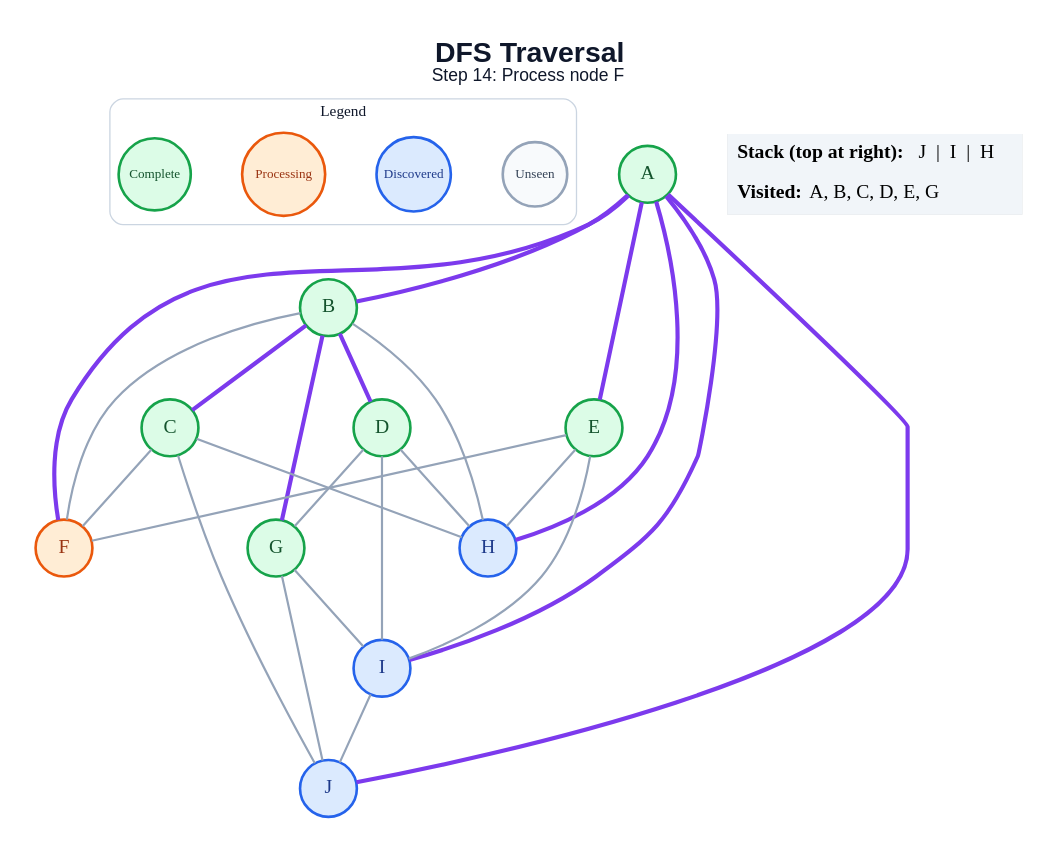
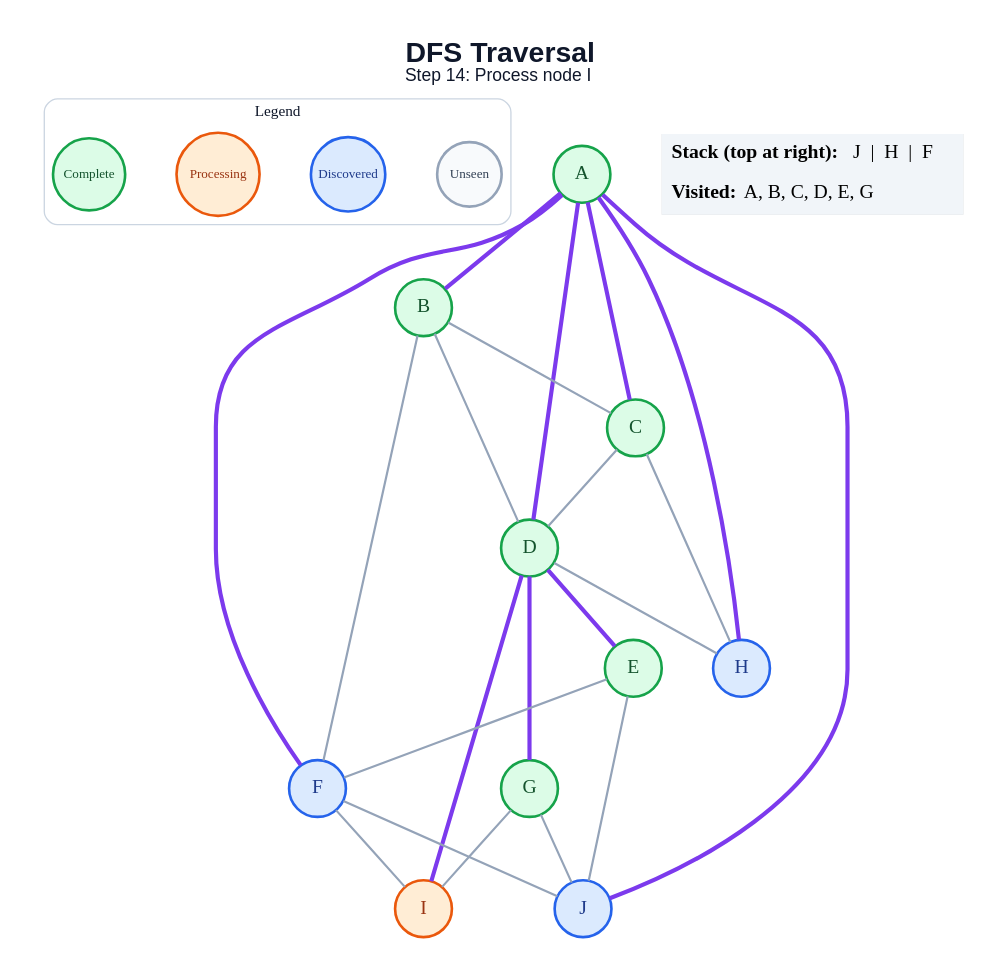
The diagram in generated/dfs/step_14.dot (amanghodawala9/ai-slop), drawn with Graphviz before and after one commit. The commit also changed 178 other files, not shown here.

```diff
--- a/generated/dfs/step_14.dot
+++ b/generated/dfs/step_14.dot
@@ -1,52 +1,50 @@
 graph traversal {
   graph [layout=dot, rankdir=TB, bgcolor="#FFFFFF", pad="0.35", nodesep="0.65", ranksep="0.8", fontname="Arial"];
   node [shape=circle, style="filled", fontname="Arial Bold", fontsize=18, width=0.72, fixedsize=true, penwidth=2.4];
   edge [color="#94A3B8", penwidth=2.0];
-  label=<<B>DFS Traversal</B><BR/><FONT POINT-SIZE="16">Step 14: Process node F</FONT>>; labelloc="t"; fontsize=26; fontname="Arial"; fontcolor="#0F172A";
+  label=<<B>DFS Traversal</B><BR/><FONT POINT-SIZE="16">Step 14: Process node I</FONT>>; labelloc="t"; fontsize=26; fontname="Arial"; fontcolor="#0F172A";
   subgraph cluster_legend { label="Legend"; color="#CBD5E1"; penwidth=1.2; style="rounded"; fontsize=14; fontname="Arial Bold";
     key_unseen [label="Unseen", fillcolor="#F8FAFC", color="#94A3B8", fontcolor="#334155", fontsize=12, width=0.82];
     key_frontier [label="Discovered", fillcolor="#DBEAFE", color="#2563EB", fontcolor="#1E3A8A", fontsize=12, width=0.95];
     key_current [label="Processing", fillcolor="#FFEDD5", color="#EA580C", fontcolor="#9A3412", fontsize=12, width=1.05];
     key_done [label="Complete", fillcolor="#DCFCE7", color="#16A34A", fontcolor="#14532D", fontsize=12, width=0.92];
     { rank=same; key_unseen; key_frontier; key_current; key_done; }
   }
   A [fillcolor="#DCFCE7", color="#16A34A", fontcolor="#14532D"];
   B [fillcolor="#DCFCE7", color="#16A34A", fontcolor="#14532D"];
   C [fillcolor="#DCFCE7", color="#16A34A", fontcolor="#14532D"];
   D [fillcolor="#DCFCE7", color="#16A34A", fontcolor="#14532D"];
   E [fillcolor="#DCFCE7", color="#16A34A", fontcolor="#14532D"];
-  F [fillcolor="#FFEDD5", color="#EA580C", fontcolor="#9A3412"];
+  F [fillcolor="#DBEAFE", color="#2563EB", fontcolor="#1E3A8A"];
   G [fillcolor="#DCFCE7", color="#16A34A", fontcolor="#14532D"];
   H [fillcolor="#DBEAFE", color="#2563EB", fontcolor="#1E3A8A"];
-  I [fillcolor="#DBEAFE", color="#2563EB", fontcolor="#1E3A8A"];
+  I [fillcolor="#FFEDD5", color="#EA580C", fontcolor="#9A3412"];
   J [fillcolor="#DBEAFE", color="#2563EB", fontcolor="#1E3A8A"];
   A -- B [color="#7C3AED", penwidth=3.8];
-  A -- E [color="#7C3AED", penwidth=3.8];
+  A -- C [color="#7C3AED", penwidth=3.8];
+  A -- D [color="#7C3AED", penwidth=3.8];
   A -- F [color="#7C3AED", penwidth=3.8];
   A -- H [color="#7C3AED", penwidth=3.8];
-  A -- I [color="#7C3AED", penwidth=3.8];
   A -- J [color="#7C3AED", penwidth=3.8];
-  B -- C [color="#7C3AED", penwidth=3.8];
-  B -- D [color="#7C3AED", penwidth=3.8];
+  B -- C;
+  B -- D;
   B -- F;
-  B -- G [color="#7C3AED", penwidth=3.8];
-  B -- H;
-  C -- F;
+  C -- D;
   C -- H;
-  C -- J;
-  D -- G;
+  D -- E [color="#7C3AED", penwidth=3.8];
+  D -- G [color="#7C3AED", penwidth=3.8];
   D -- H;
-  D -- I;
+  D -- I [color="#7C3AED", penwidth=3.8];
   E -- F;
-  E -- H;
-  E -- I;
+  E -- J;
+  F -- I;
+  F -- J;
   G -- I;
   G -- J;
-  I -- J;
   status [shape=plain, fixedsize=false, width=0, height=0, margin=0, label=<
     <TABLE BORDER="0" CELLBORDER="0" CELLPADDING="7" BGCOLOR="#F1F5F9">
-      <TR><TD ALIGN="LEFT"><B>Stack (top at right):</B> J  |  I  |  H</TD></TR>
+      <TR><TD ALIGN="LEFT"><B>Stack (top at right):</B> J  |  H  |  F</TD></TR>
       <TR><TD ALIGN="LEFT"><B>Visited:</B> A, B, C, D, E, G</TD></TR>
     </TABLE>
   >];
 }
```
